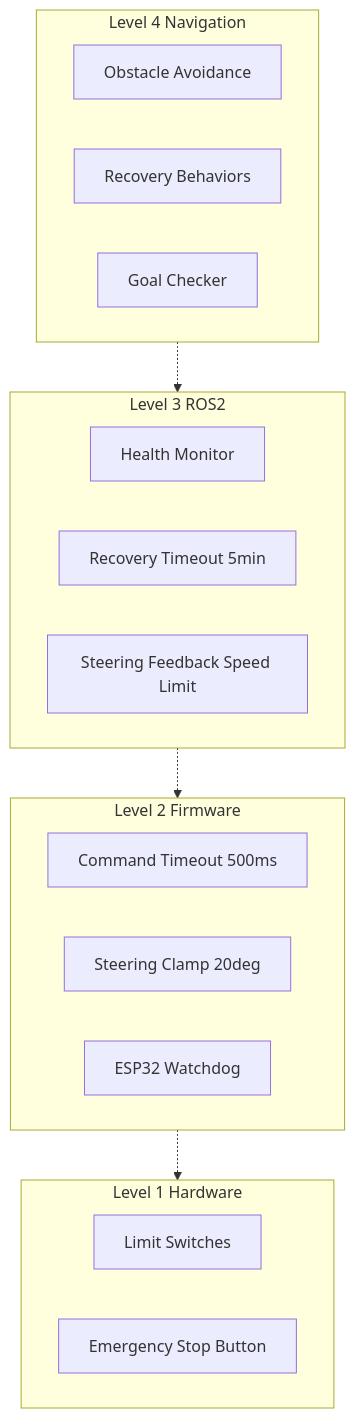
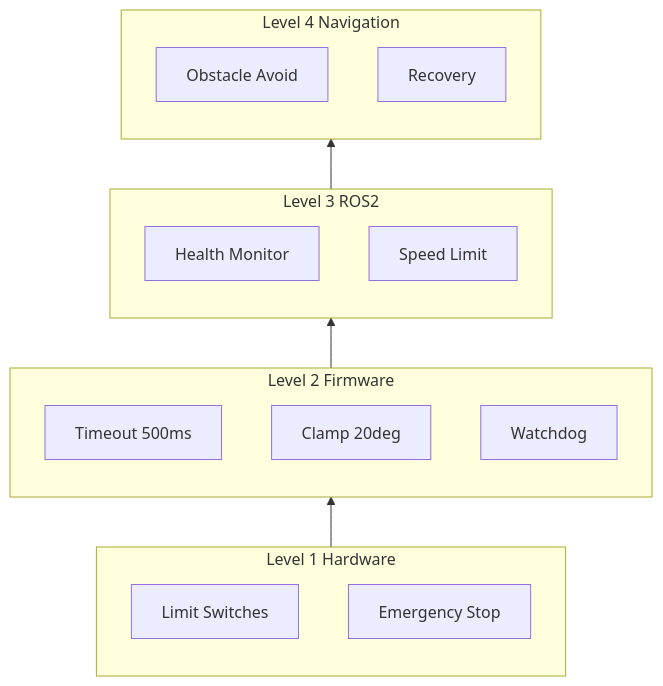
Diagram 13 of 13 in SYSTEM_DOCUMENTATION.md (KashmeeraTT/Ackerman_UGV), drawn with Mermaid before and after one commit. The commit also changed other lines of this file, not shown here.

Commit message:
docs: Simplify flowchart labels and structure, explicitly show parallel tasks, and invert safety hierarchy direction.

````diff
--- a/SYSTEM_DOCUMENTATION.md
+++ b/SYSTEM_DOCUMENTATION.md
@@ -626,29 +619,27 @@
 ```mermaid
-flowchart TB
+flowchart BT
     subgraph L1[Level 1 Hardware]
         LS[Limit Switches]
-        ES[Emergency Stop Button]
+        ES[Emergency Stop]
     end
     
     subgraph L2[Level 2 Firmware]
-        TO[Command Timeout 500ms]
-        SC[Steering Clamp 20deg]
-        WD[ESP32 Watchdog]
+        TO[Timeout 500ms]
+        SC[Clamp 20deg]
+        WD[Watchdog]
     end
     
     subgraph L3[Level 3 ROS2]
         HM[Health Monitor]
-        RT[Recovery Timeout 5min]
-        SF[Steering Feedback Speed Limit]
+        SF[Speed Limit]
     end
     
     subgraph L4[Level 4 Navigation]
-        OA[Obstacle Avoidance]
-        RB[Recovery Behaviors]
-        GC[Goal Checker]
+        OA[Obstacle Avoid]
+        RB[Recovery]
     end
     
-    L4 -.-> L3
-    L3 -.-> L2
-    L2 -.-> L1
+    L1 --> L2
+    L2 --> L3
+    L3 --> L4
 ```
````
